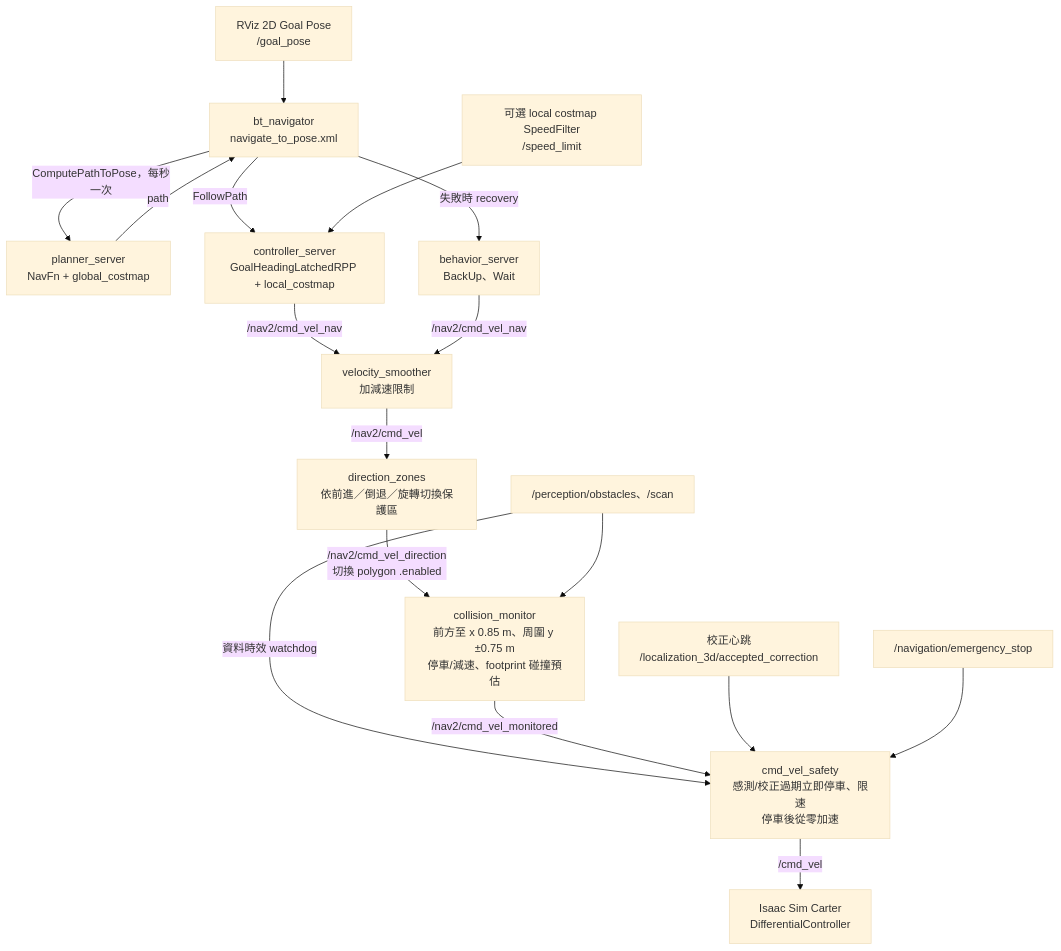
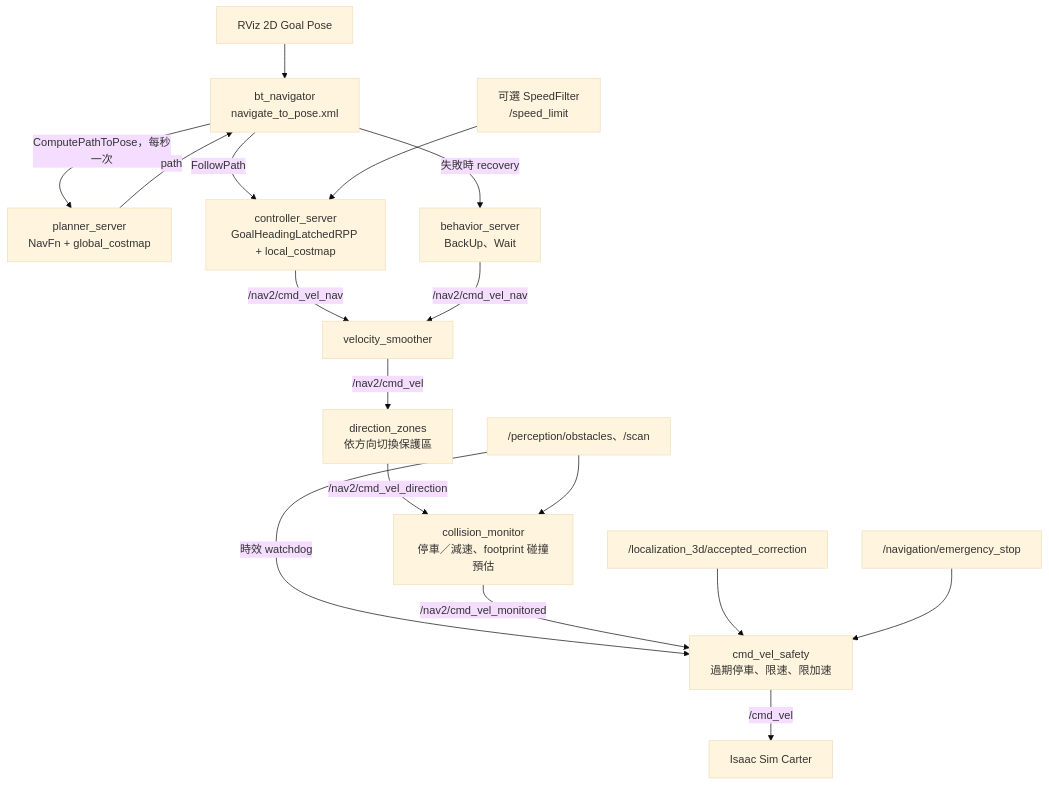
Before and after one commit to piggaycheng/isaacsim_fast-lio2-slam: the second of 2 diagrams in docs/nav.md, drawn with Mermaid (base theme). The commit also changed other lines of this file and 7 other files, not shown here.

````diff
--- a/docs/nav.md
+++ b/docs/nav.md
@@ -77,33 +66,19 @@
 ```mermaid
 flowchart TD
-    Goal["RViz 2D Goal Pose<br/>/goal_pose"]
-    BT["bt_navigator<br/>navigate_to_pose.xml"]
-    Planner["planner_server<br/>NavFn + global_costmap"]
-    Controller["controller_server<br/>GoalHeadingLatchedRPP + local_costmap"]
-    Behavior["behavior_server<br/>BackUp、Wait"]
-    Smoother["velocity_smoother<br/>加減速限制"]
-    Direction["direction_zones<br/>依前進／倒退／旋轉切換保護區"]
-    Monitor["collision_monitor<br/>前方至 x 0.85 m、周圍 y ±0.75 m<br/>停車/減速、footprint 碰撞預估"]
-    Obstacles["/perception/obstacles、/scan"]
-    Safety["cmd_vel_safety<br/>感測/校正過期立即停車、限速<br/>停車後從零加速"]
-    Correction["校正心跳<br/>/localization_3d/accepted_correction"]
-    EStop["/navigation/emergency_stop"]
-    Isaac["Isaac Sim Carter<br/>DifferentialController"]
-
-    Goal --> BT
-    BT -->|"ComputePathToPose，每秒一次"| Planner
+    Goal["RViz 2D Goal Pose"] --> BT["bt_navigator<br/>navigate_to_pose.xml"]
+    BT -->|"ComputePathToPose，每秒一次"| Planner["planner_server<br/>NavFn + global_costmap"]
     Planner -->|"path"| BT
-    BT -->|"FollowPath"| Controller
-    BT -->|"失敗時 recovery"| Behavior
-    Controller -->|"/nav2/cmd_vel_nav"| Smoother
+    BT -->|"FollowPath"| Controller["controller_server<br/>GoalHeadingLatchedRPP + local_costmap"]
+    BT -->|"失敗時 recovery"| Behavior["behavior_server<br/>BackUp、Wait"]
+    Controller -->|"/nav2/cmd_vel_nav"| Smoother["velocity_smoother"]
     Behavior -->|"/nav2/cmd_vel_nav"| Smoother
-    Smoother -->|"/nav2/cmd_vel"| Direction
-    Direction -->|"/nav2/cmd_vel_direction<br/>切換 polygon .enabled"| Monitor
-    Obstacles --> Monitor
-    Obstacles -->|"資料時效 watchdog"| Safety
-    Monitor -->|"/nav2/cmd_vel_monitored"| Safety
-    Correction --> Safety
-    EStop --> Safety
-    Safety -->|"/cmd_vel"| Isaac
-    Speed["可選 local costmap SpeedFilter<br/>/speed_limit"] --> Controller
+    Smoother -->|"/nav2/cmd_vel"| Direction["direction_zones<br/>依方向切換保護區"]
+    Direction -->|"/nav2/cmd_vel_direction"| Monitor["collision_monitor<br/>停車／減速、footprint 碰撞預估"]
+    Obstacles["/perception/obstacles、/scan"] --> Monitor
+    Obstacles -->|"時效 watchdog"| Safety
+    Monitor -->|"/nav2/cmd_vel_monitored"| Safety["cmd_vel_safety<br/>過期停車、限速、限加速"]
+    Correction["/localization_3d/accepted_correction"] --> Safety
+    EStop["/navigation/emergency_stop"] --> Safety
+    Safety -->|"/cmd_vel"| Isaac["Isaac Sim Carter"]
+    Speed["可選 SpeedFilter<br/>/speed_limit"] --> Controller
 ```
````
